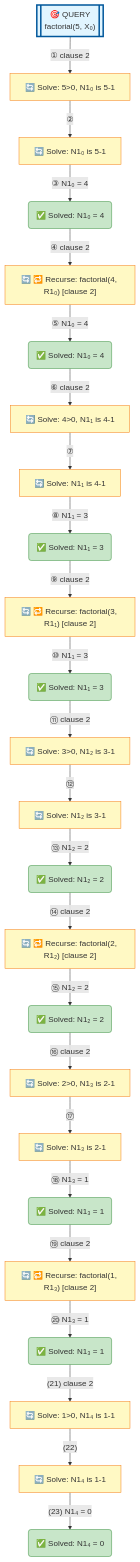
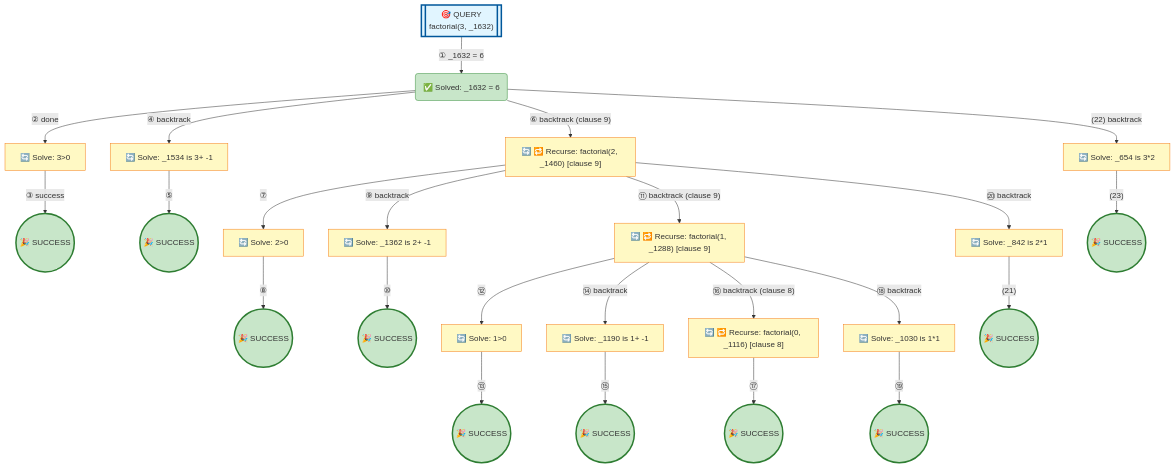
The diagram in examples/factorial-standard.md (jarecsni/prolog-trace-viz), drawn with Mermaid before and after one commit. The commit also changed other lines of this file and 26 other files, not shown here.

````diff
--- a/examples/factorial-standard.md
+++ b/examples/factorial-standard.md
@@ -16,80 +16,80 @@
 ```mermaid
 graph TD
 
 %% Nodes
-A[["🎯 QUERY<br/>factorial(5, X₀)"]]
-B["🔄 Solve: 5>0, N1₀ is 5-1"]
-C["🔄 Solve: N1₀ is 5-1"]
-D("✅ Solved: N1₀ = 4")
-E["🔄 🔁 Recurse: factorial(4, R1₀) [clause 2]"]
-F("✅ Solved: N1₀ = 4")
-G["🔄 Solve: 4>0, N1₁ is 4-1"]
-H["🔄 Solve: N1₁ is 4-1"]
-I("✅ Solved: N1₁ = 3")
-J["🔄 🔁 Recurse: factorial(3, R1₁) [clause 2]"]
-K("✅ Solved: N1₁ = 3")
-L["🔄 Solve: 3>0, N1₂ is 3-1"]
-M["🔄 Solve: N1₂ is 3-1"]
-N("✅ Solved: N1₂ = 2")
-O["🔄 🔁 Recurse: factorial(2, R1₂) [clause 2]"]
-P("✅ Solved: N1₂ = 2")
-Q["🔄 Solve: 2>0, N1₃ is 2-1"]
-R["🔄 Solve: N1₃ is 2-1"]
-S("✅ Solved: N1₃ = 1")
-T["🔄 🔁 Recurse: factorial(1, R1₃) [clause 2]"]
-U("✅ Solved: N1₃ = 1")
-V["🔄 Solve: 1>0, N1₄ is 1-1"]
-W["🔄 Solve: N1₄ is 1-1"]
-X("✅ Solved: N1₄ = 0")
+A[["🎯 QUERY<br/>factorial(3, _1632)"]]
+B("✅ Solved: _1632 = 6")
+C["🔄 Solve: 3>0"]
+D(("🎉 SUCCESS"))
+E["🔄 Solve: _1534 is 3+ -1"]
+F(("🎉 SUCCESS"))
+G["🔄 🔁 Recurse: factorial(2, _1460) [clause 9]"]
+H["🔄 Solve: 2>0"]
+I(("🎉 SUCCESS"))
+J["🔄 Solve: _1362 is 2+ -1"]
+K(("🎉 SUCCESS"))
+L["🔄 🔁 Recurse: factorial(1, _1288) [clause 9]"]
+M["🔄 Solve: 1>0"]
+N(("🎉 SUCCESS"))
+O["🔄 Solve: _1190 is 1+ -1"]
+P(("🎉 SUCCESS"))
+Q["🔄 🔁 Recurse: factorial(0, _1116) [clause 8]"]
+R(("🎉 SUCCESS"))
+S["🔄 Solve: _1030 is 1*1"]
+T(("🎉 SUCCESS"))
+U["🔄 Solve: _842 is 2*1"]
+V(("🎉 SUCCESS"))
+W["🔄 Solve: _654 is 3*2"]
+X(("🎉 SUCCESS"))
 
 %% Edges
-A -->|"① clause 2"| B
-B -->|"②"| C
-C -->|"③ N1₀ = 4"| D
-D -->|"④ clause 2"| E
-E -->|"⑤ N1₀ = 4"| F
-F -->|"⑥ clause 2"| G
+A -->|"① _1632 = 6"| B
+B -->|"② done"| C
+C -->|"③ success"| D
+B -->|"④ backtrack"| E
+E -->|"⑤"| F
+B -->|"⑥ backtrack (clause 9)"| G
 G -->|"⑦"| H
-H -->|"⑧ N1₁ = 3"| I
-I -->|"⑨ clause 2"| J
-J -->|"⑩ N1₁ = 3"| K
-K -->|"⑪ clause 2"| L
+H -->|"⑧"| I
+G -->|"⑨ backtrack"| J
+J -->|"⑩"| K
+G -->|"⑪ backtrack (clause 9)"| L
 L -->|"⑫"| M
-M -->|"⑬ N1₂ = 2"| N
-N -->|"⑭ clause 2"| O
-O -->|"⑮ N1₂ = 2"| P
-P -->|"⑯ clause 2"| Q
+M -->|"⑬"| N
+L -->|"⑭ backtrack"| O
+O -->|"⑮"| P
+L -->|"⑯ backtrack (clause 8)"| Q
 Q -->|"⑰"| R
-R -->|"⑱ N1₃ = 1"| S
-S -->|"⑲ clause 2"| T
-T -->|"⑳ N1₃ = 1"| U
-U -->|"(21) clause 2"| V
-V -->|"(22)"| W
-W -->|"(23) N1₄ = 0"| X
+L -->|"⑱ backtrack"| S
+S -->|"⑲"| T
+G -->|"⑳ backtrack"| U
+U -->|"(21)"| V
+B -->|"(22) backtrack"| W
+W -->|"(23)"| X
 
 %% Styles
 style A fill:#e1f5ff,stroke:#01579b,stroke-width:3px
-style B fill:#fff9c4,stroke:#f57f17
+style B fill:#c8e6c9,stroke:#388e3c
 style C fill:#fff9c4,stroke:#f57f17
-style D fill:#c8e6c9,stroke:#388e3c
+style D fill:#c8e6c9,stroke:#2e7d32,stroke-width:3px
 style E fill:#fff9c4,stroke:#f57f17
-style F fill:#c8e6c9,stroke:#388e3c
+style F fill:#c8e6c9,stroke:#2e7d32,stroke-width:3px
 style G fill:#fff9c4,stroke:#f57f17
 style H fill:#fff9c4,stroke:#f57f17
-style I fill:#c8e6c9,stroke:#388e3c
+style I fill:#c8e6c9,stroke:#2e7d32,stroke-width:3px
 style J fill:#fff9c4,stroke:#f57f17
-style K fill:#c8e6c9,stroke:#388e3c
+style K fill:#c8e6c9,stroke:#2e7d32,stroke-width:3px
 style L fill:#fff9c4,stroke:#f57f17
 style M fill:#fff9c4,stroke:#f57f17
-style N fill:#c8e6c9,stroke:#388e3c
+style N fill:#c8e6c9,stroke:#2e7d32,stroke-width:3px
 style O fill:#fff9c4,stroke:#f57f17
-style P fill:#c8e6c9,stroke:#388e3c
+style P fill:#c8e6c9,stroke:#2e7d32,stroke-width:3px
 style Q fill:#fff9c4,stroke:#f57f17
-style R fill:#fff9c4,stroke:#f57f17
-style S fill:#c8e6c9,stroke:#388e3c
-style T fill:#fff9c4,stroke:#f57f17
-style U fill:#c8e6c9,stroke:#388e3c
-style V fill:#fff9c4,stroke:#f57f17
+style R fill:#c8e6c9,stroke:#2e7d32,stroke-width:3px
+style S fill:#fff9c4,stroke:#f57f17
+style T fill:#c8e6c9,stroke:#2e7d32,stroke-width:3px
+style U fill:#fff9c4,stroke:#f57f17
+style V fill:#c8e6c9,stroke:#2e7d32,stroke-width:3px
 style W fill:#fff9c4,stroke:#f57f17
-style X fill:#c8e6c9,stroke:#388e3c
+style X fill:#c8e6c9,stroke:#2e7d32,stroke-width:3px
 ```
````
